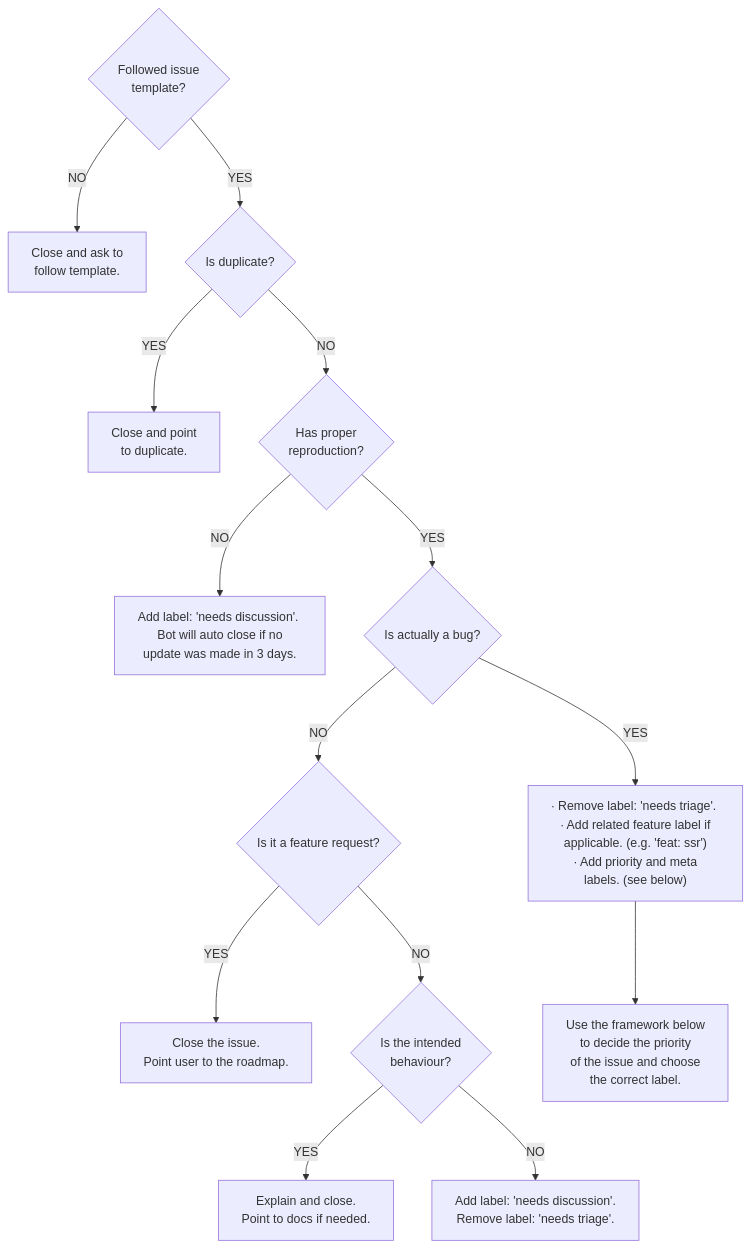
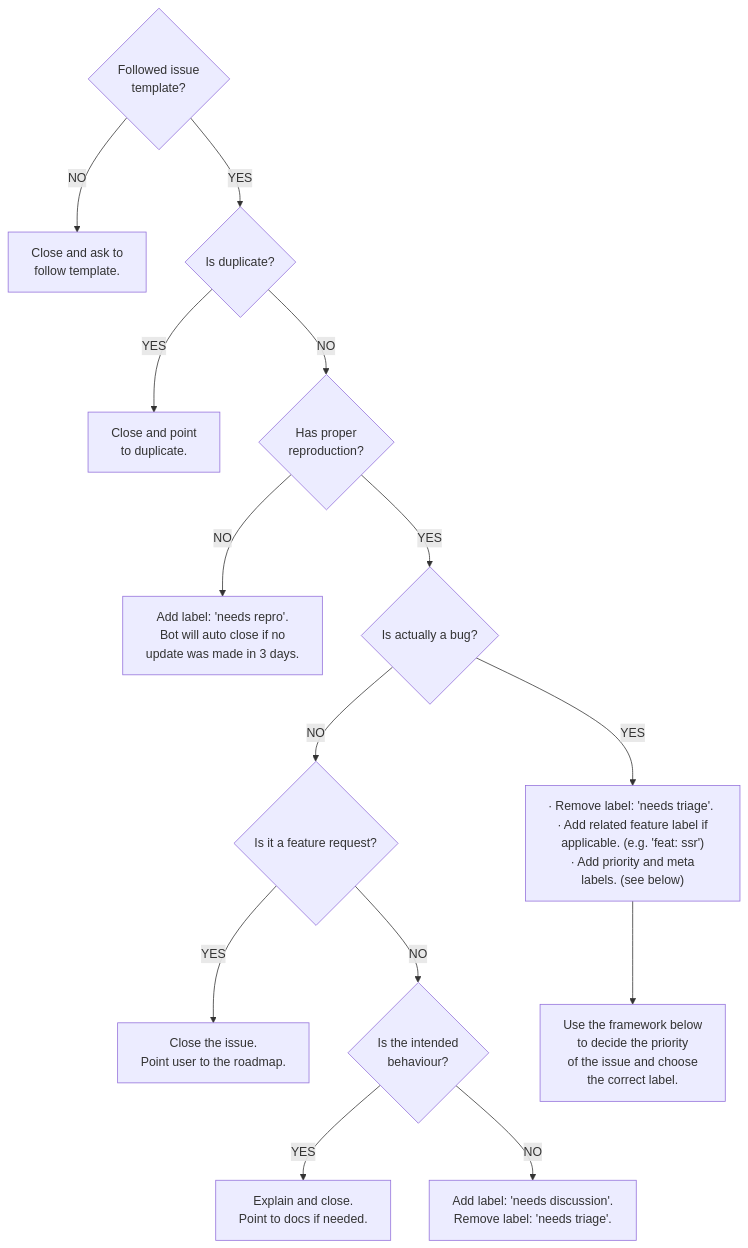
One commit to withastro/astro changed the diagram in CONTRIBUTING.md. Above: the diagram before and after it, drawn with Mermaid.

Commit message:
Fix issue label typo in issue triage docs

````diff
--- a/CONTRIBUTING.md
+++ b/CONTRIBUTING.md
@@ -235,19 +235,19 @@
 ```mermaid
 graph TD;
     start{Followed issue <br/> template?}
     start --NO--> close1[Close and ask to <br/> follow template.]
     start --YES--> dupe{Is duplicate?}
     dupe --YES--> close2[Close and point <br/> to duplicate.]
     dupe --NO--> repro{Has proper <br/> reproduction?}
-    repro --NO--> close3[Add&nbsp;label:&nbsp;'needs&nbsp;discussion'. <br/> Bot will auto close if no <br/>update was made in 3 days.]
+    repro --NO--> close3[Add&nbsp;label:&nbsp;'needs&nbsp;repro'. <br/> Bot will auto close if no <br/>update was made in 3 days.]
     repro --YES--> real{Is actually a bug?}
     real --NO--> maybefeat{Is it a feature request?}
     maybefeat -- YES --> roadmap[Close the issue. <br/> Point user to the roadmap.]
     maybefeat -- NO --> intended{Is the intended <br/> behaviour?}
     intended --YES--> explain[Explain and close. <br/> Point to docs if needed.]
     intended --NO--> open[Add&nbsp;label:&nbsp;'needs&nbsp;discussion'.<br/>Remove&nbsp;label:&nbsp;'needs&nbsp;triage'.]
     real --YES--> real2["∙&nbsp;Remove&nbsp;label:&nbsp;'needs&nbsp;triage'. <br/> ∙ Add related feature label if <br/> applicable. (e.g. 'feat: ssr') <br/> ∙ Add priority and meta labels. (see below)"]
     style real2 text-wrap:balance
     real2 --> tolabel[Use the framework below <br/> to decide the priority <br/> of the issue and choose <br/> the correct label.]
 
 ```
````
